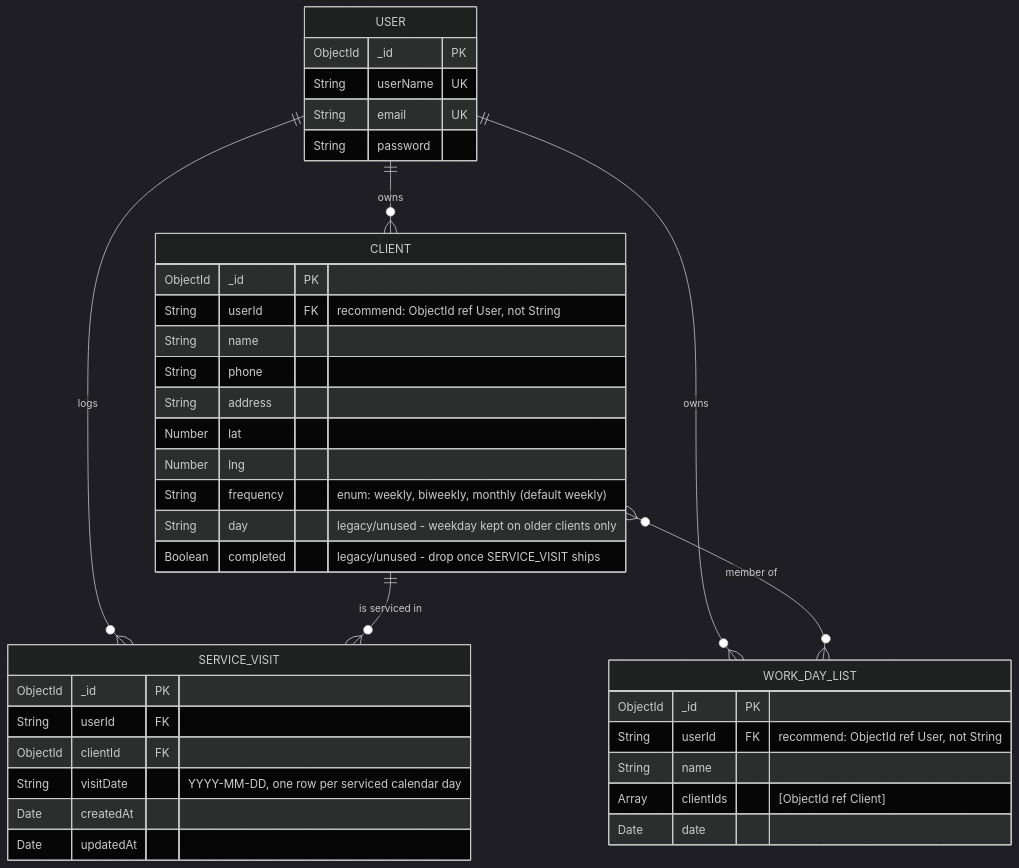
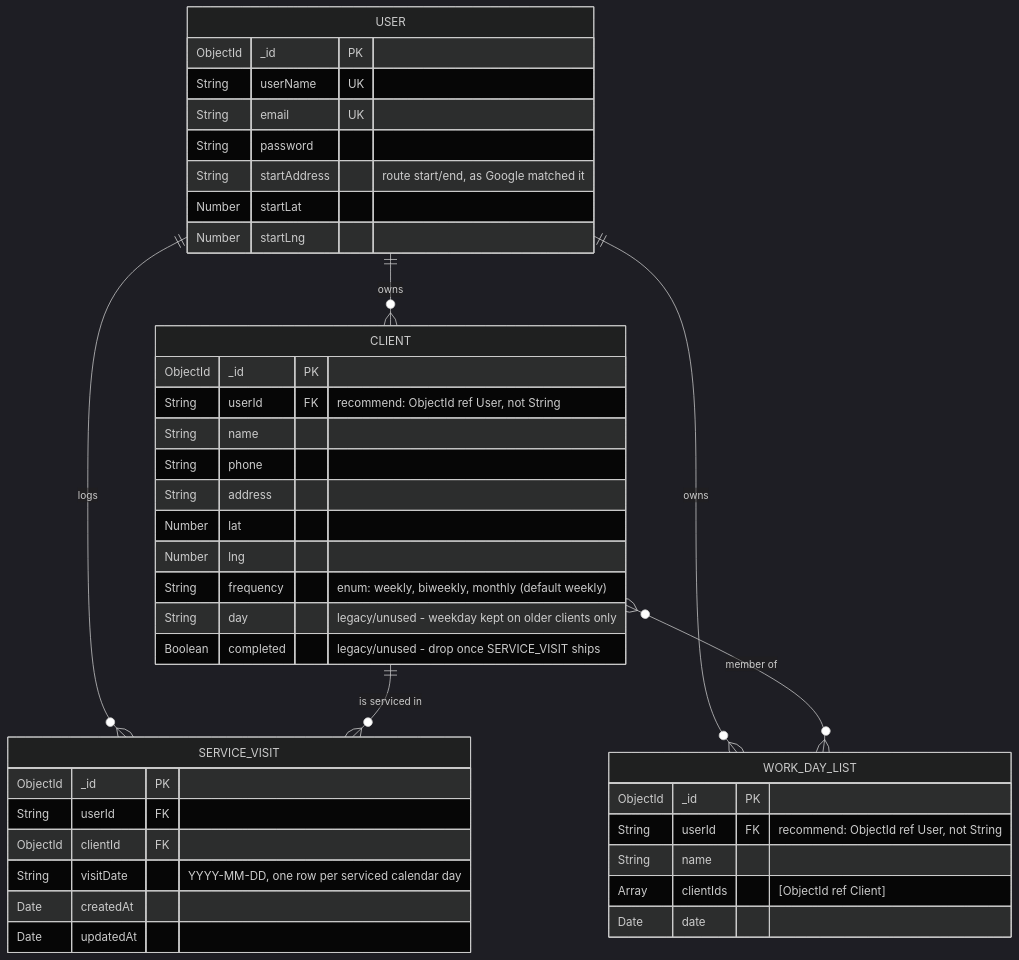
Before and after one commit to yepezjuan/casas-v2: the diagram in docs/db-schema.mmd, drawn with Mermaid (dark theme). The commit also changed 14 other files, not shown here.

```diff
--- a/docs/db-schema.mmd
+++ b/docs/db-schema.mmd
@@ -1,44 +1,47 @@
 
 erDiagram
     USER ||--o{ CLIENT : owns
     USER ||--o{ WORK_DAY_LIST : owns
     USER ||--o{ SERVICE_VISIT : logs
     CLIENT ||--o{ SERVICE_VISIT : "is serviced in"
     CLIENT }o--o{ WORK_DAY_LIST : "member of"
 
     USER {
         ObjectId _id PK
         String userName UK
         String email UK
         String password
+        String startAddress "route start/end, as Google matched it"
+        Number startLat
+        Number startLng
     }
 
     CLIENT {
         ObjectId _id PK
         String userId FK "recommend: ObjectId ref User, not String"
         String name
         String phone
         String address
         Number lat
         Number lng
         String frequency "enum: weekly, biweekly, monthly (default weekly)"
         String day "legacy/unused - weekday kept on older clients only"
         Boolean completed "legacy/unused - drop once SERVICE_VISIT ships"
     }
 
     WORK_DAY_LIST {
         ObjectId _id PK
         String userId FK "recommend: ObjectId ref User, not String"
         String name
         Array clientIds "[ObjectId ref Client]"
         Date date
     }
 
     SERVICE_VISIT {
         ObjectId _id PK
         String userId FK
         ObjectId clientId FK
         String visitDate "YYYY-MM-DD, one row per serviced calendar day"
         Date createdAt
         Date updatedAt
     }
```
